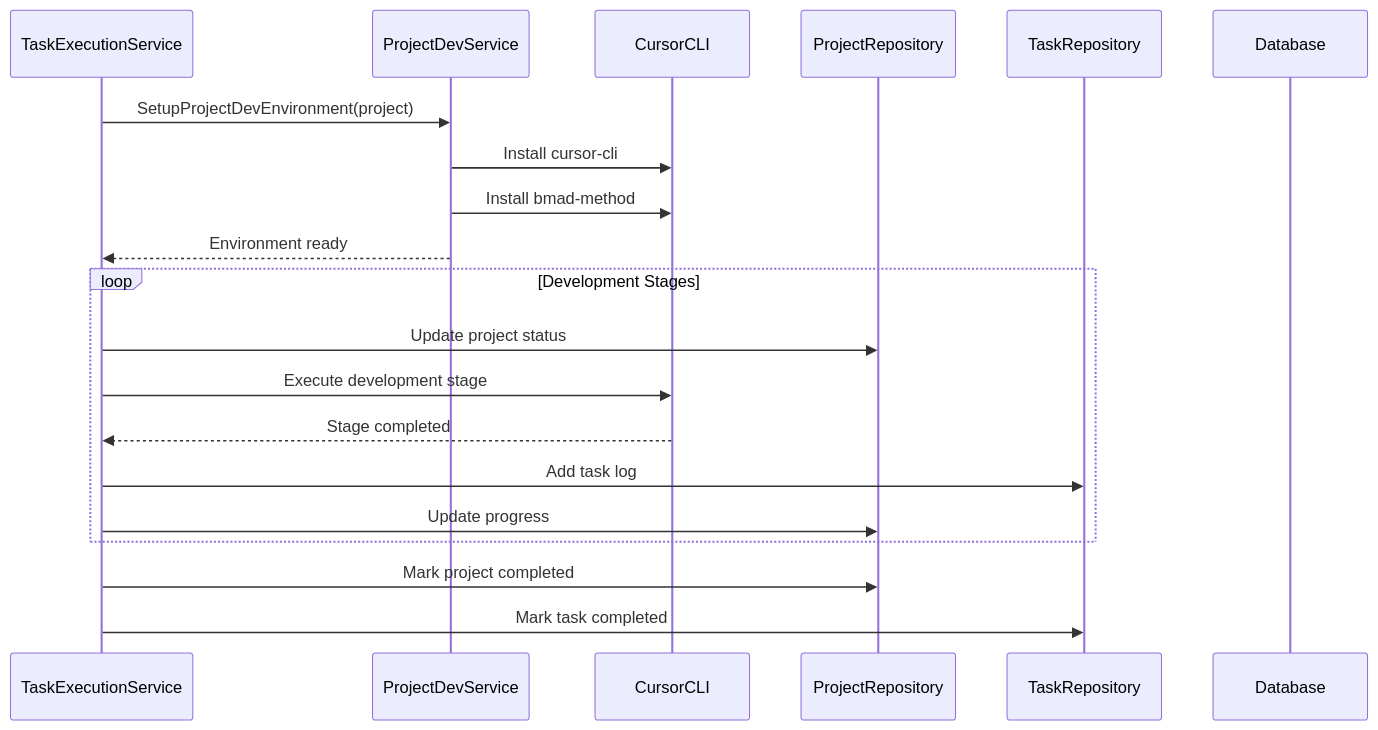
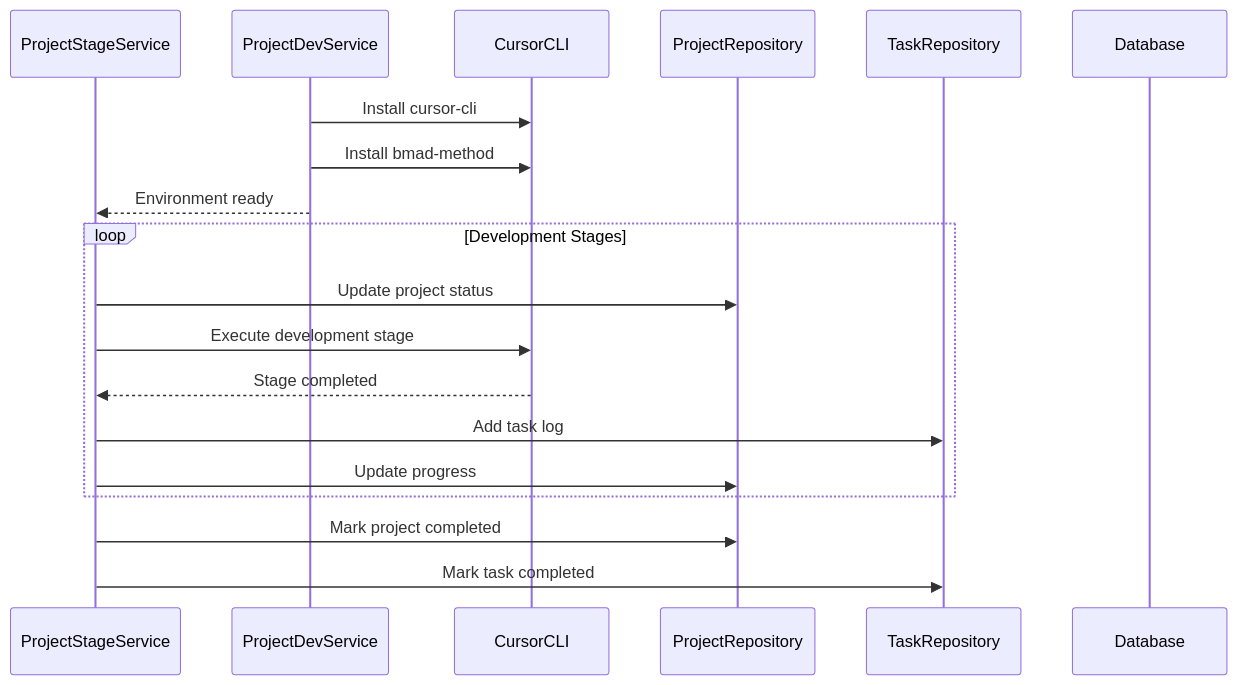
The eighth of 9 diagrams in backend/architect/ARCHITECTURE.md (lighthought/app-maker), drawn with Mermaid before and after one commit. The commit also changed other lines of this file and 7 other files, not shown here.

````diff
--- a/backend/architect/ARCHITECTURE.md
+++ b/backend/architect/ARCHITECTURE.md
@@ -498,25 +376,24 @@
 ```mermaid
 sequenceDiagram
-    participant TaskExecutionService
+    participant ProjectStageService
     participant ProjectDevService
     participant CursorCLI
     participant ProjectRepository
     participant TaskRepository
     participant Database
 
-    TaskExecutionService->>ProjectDevService: SetupProjectDevEnvironment(project)
     ProjectDevService->>CursorCLI: Install cursor-cli
     ProjectDevService->>CursorCLI: Install bmad-method
-    ProjectDevService-->>TaskExecutionService: Environment ready
+    ProjectDevService-->>ProjectStageService: Environment ready
     
     loop Development Stages
-        TaskExecutionService->>ProjectRepository: Update project status
-        TaskExecutionService->>CursorCLI: Execute development stage
-        CursorCLI-->>TaskExecutionService: Stage completed
-        TaskExecutionService->>TaskRepository: Add task log
-        TaskExecutionService->>ProjectRepository: Update progress
+        ProjectStageService->>ProjectRepository: Update project status
+        ProjectStageService->>CursorCLI: Execute development stage
+        CursorCLI-->>ProjectStageService: Stage completed
+        ProjectStageService->>TaskRepository: Add task log
+        ProjectStageService->>ProjectRepository: Update progress
     end
     
-    TaskExecutionService->>ProjectRepository: Mark project completed
-    TaskExecutionService->>TaskRepository: Mark task completed
+    ProjectStageService->>ProjectRepository: Mark project completed
+    ProjectStageService->>TaskRepository: Mark task completed
 ```
````
